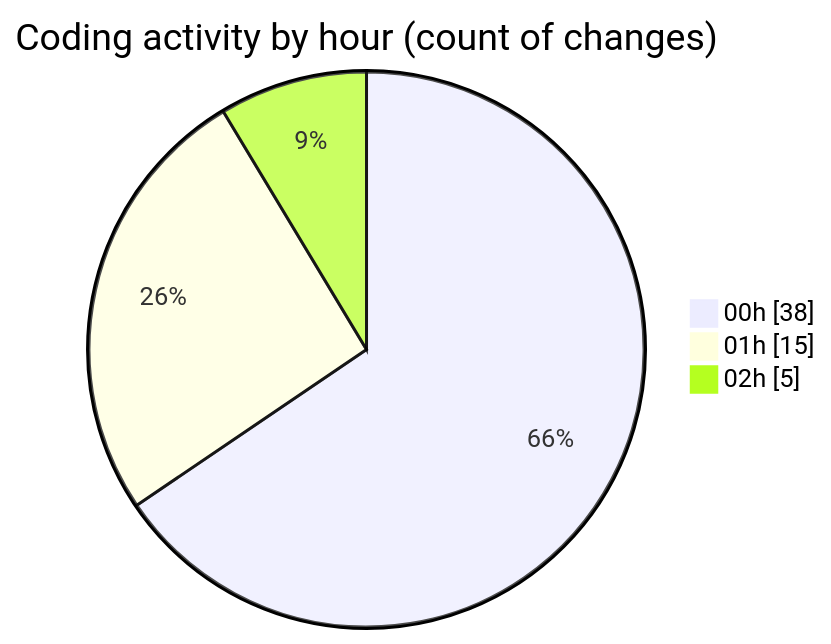
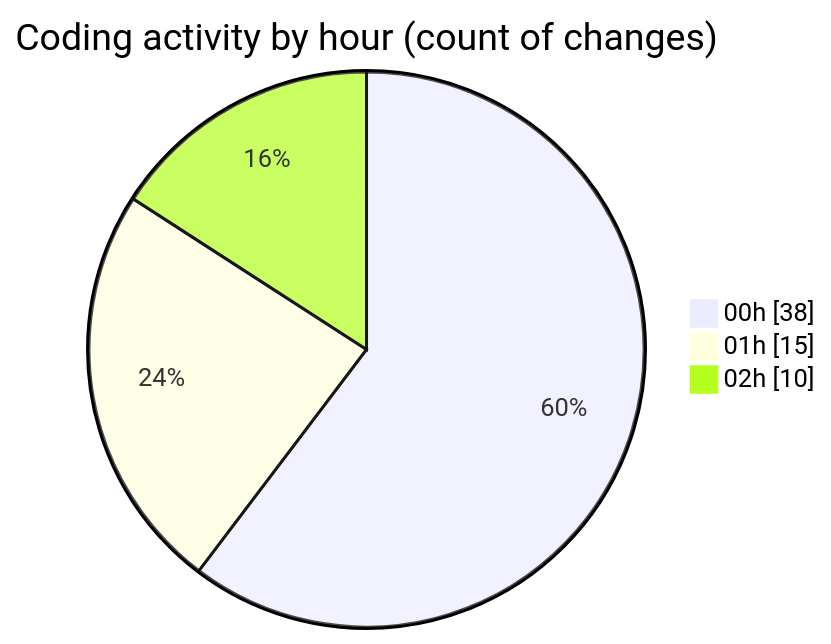
One commit to donsfak/code-tracking changed the second of 2 diagrams in 2025-03-08/uber_clone/README.md. Above: the diagram before and after it, drawn with Mermaid. The commit also changed other lines of this file and 1 other file, not shown here.

````diff
--- a/2025-03-08/uber_clone/README.md
+++ b/2025-03-08/uber_clone/README.md
@@ -31,7 +34,7 @@
 ```mermaid
 pie showData
 title Coding activity by hour (count of changes)
 "00h" : 38
 "01h" : 15
-"02h" : 5
+"02h" : 10
 ```
````
